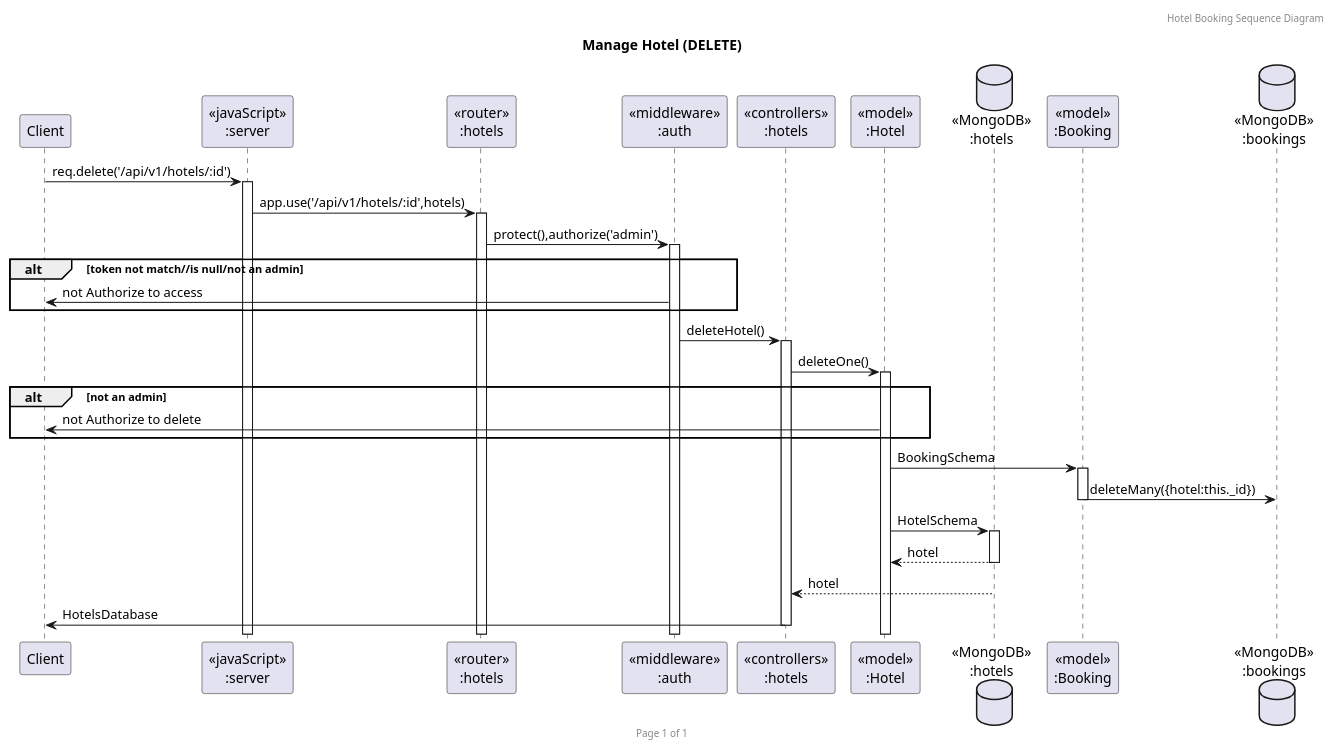
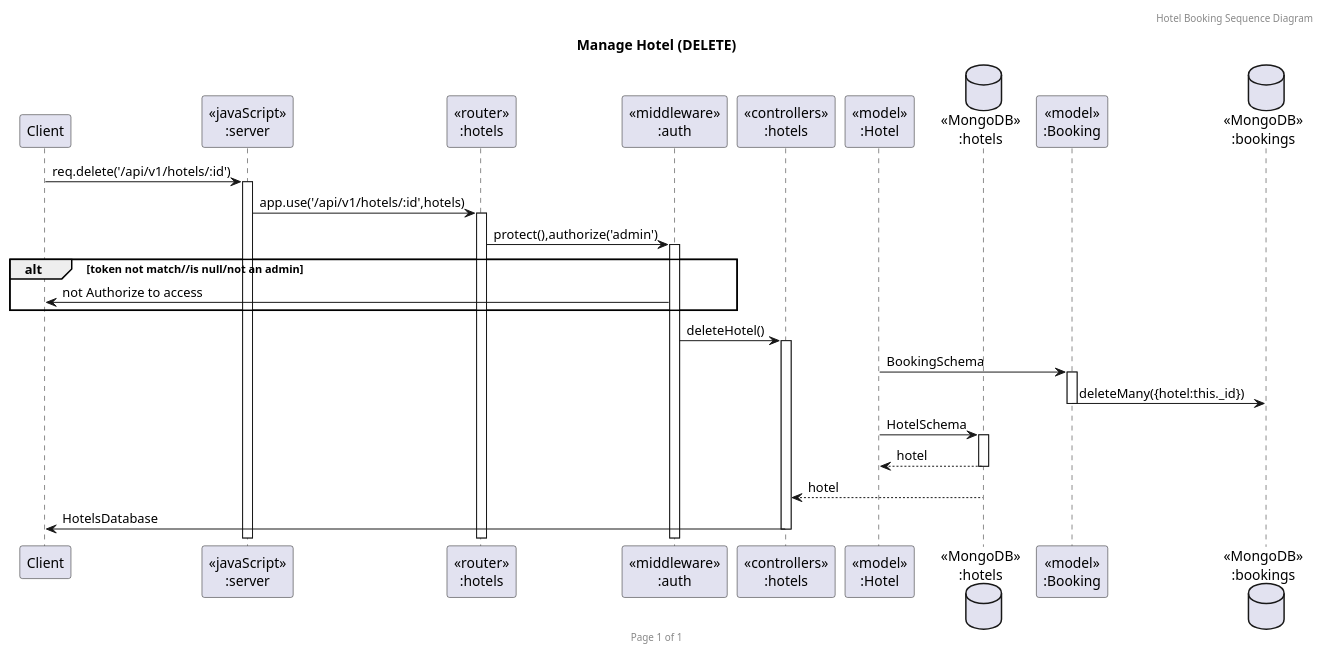
Before and after one commit to 2110503TACEDT66/presentation-day-1-drift: the diagram in Hotel_pumls/deleteHotel.puml, drawn with PlantUML. The commit also changed 18 other files, not shown here.

```diff
--- a/Hotel_pumls/deleteHotel.puml
+++ b/Hotel_pumls/deleteHotel.puml
@@ -1,52 +1,47 @@
 @startuml Manage Hotel (DELETE)
 
 header Hotel Booking Sequence Diagram
 footer Page %page% of %lastpage%
 title "Manage Hotel (DELETE)"
 
 participant "Client" as client
 participant "<<javaScript>>\n:server" as server
 participant "<<router>>\n:hotels" as routerHotels
 participant "<<middleware>>\n:auth" as middleware
 participant "<<controllers>>\n:hotels" as controllerHotels
 
 participant "<<model>>\n:Hotel" as modelHotel
 database "<<MongoDB>>\n:hotels" as HotelsDatabase
 
 participant "<<model>>\n:Booking" as modelBooking
 database "<<MongoDB>>\n:bookings" as BookingsDatabase
 
 client->server ++:req.delete('/api/v1/hotels/:id')
 
 server->routerHotels ++:app.use('/api/v1/hotels/:id',hotels)
 
 
 routerHotels -> middleware ++: protect(),authorize('admin')
 alt token not match//is null/not an admin
     client <- middleware : not Authorize to access
 end
 middleware -> controllerHotels ++:deleteHotel()
 
 
-controllerHotels->modelHotel ++:deleteOne()
-alt not an admin
-    client <- modelHotel: not Authorize to delete
-end
-
 modelHotel->modelBooking ++:BookingSchema
 
 modelBooking ->BookingsDatabase -- :deleteMany({hotel:this._id})
 
 
 modelHotel ->HotelsDatabase ++: HotelSchema
 
 HotelsDatabase --> modelHotel --: hotel
 
 
 
 controllerHotels <-- HotelsDatabase --:hotel
 
 client<-controllerHotels --:HotelsDatabase
 
 
 @enduml
```
